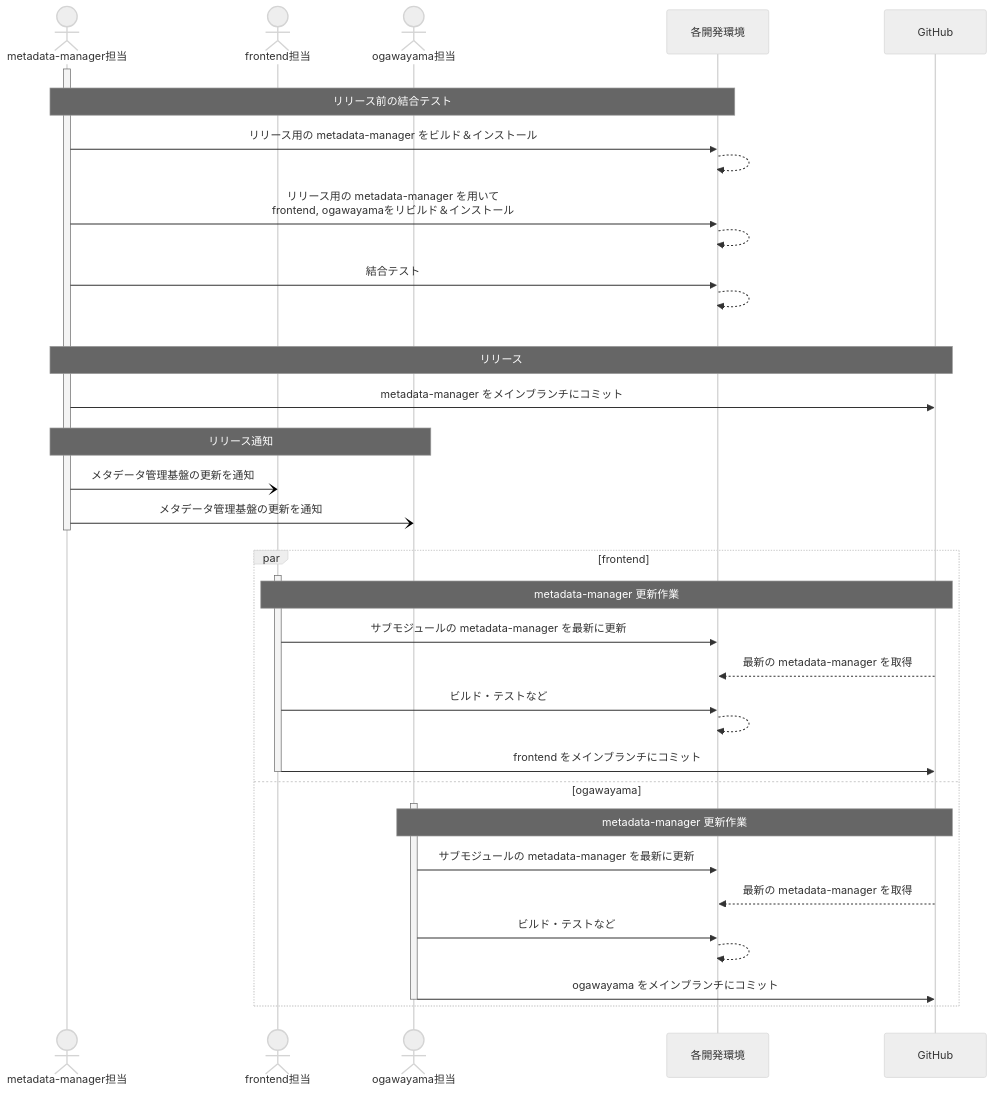
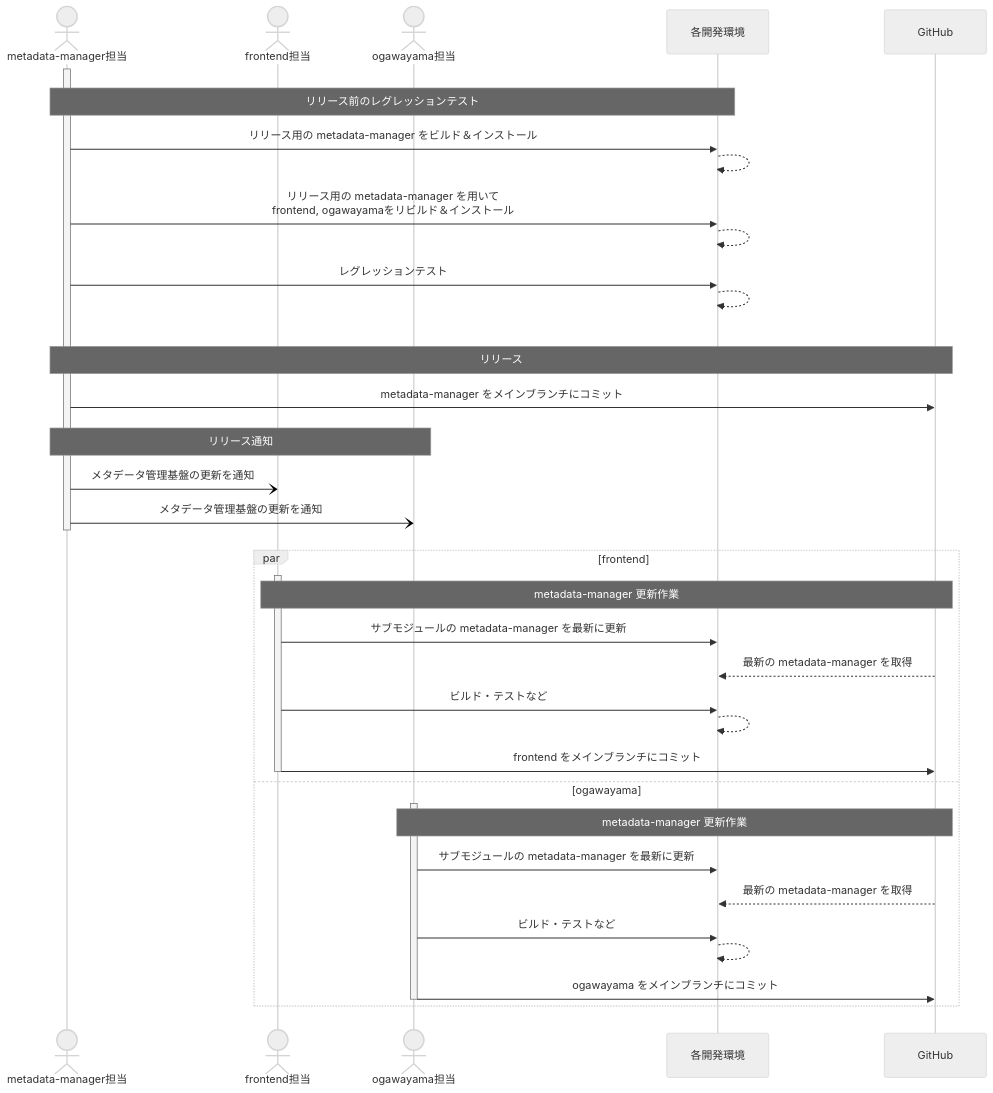
Before and after one commit to project-tsurugi/metadata-manager: the diagram in docs/metadata-manager_release_procedures.md, drawn with Mermaid (neutral theme). The commit also changed other lines of this file, not shown here.

````diff
--- a/docs/metadata-manager_release_procedures.md
+++ b/docs/metadata-manager_release_procedures.md
@@ -43,55 +43,55 @@
 ```mermaid
 sequenceDiagram
 
 actor UsrMetaMng as metadata-manager担当
 actor UsrFrontend as frontend担当
 actor UsrOgawayama as ogawayama担当
 participant Local as 各開発環境
 participant Remote as GitHub
 
 rect rgb(255, 255, 255)
   activate UsrMetaMng
     rect rgb(255, 255, 255)
-      Note over UsrMetaMng,Local: リリース前の結合テスト
+      Note over UsrMetaMng,Local: リリース前のレグレッションテスト
       UsrMetaMng ->> Local: リリース用の metadata-manager をビルド＆インストール
       Local -->> Local: 
       UsrMetaMng ->> Local: リリース用の metadata-manager を用いて<br>frontend, ogawayamaをリビルド＆インストール
       Local -->> Local: 
-      UsrMetaMng ->> Local: 結合テスト
+      UsrMetaMng ->> Local: レグレッションテスト
       Local -->> Local: 
     end
 
     Note over UsrMetaMng,Remote: リリース
     UsrMetaMng ->> Remote: metadata-manager をメインブランチにコミット
 
     rect rgb(255, 255, 255)
       Note over UsrMetaMng,UsrOgawayama: リリース通知
       UsrMetaMng -) UsrFrontend: メタデータ管理基盤の更新を通知
       UsrMetaMng -) UsrOgawayama: メタデータ管理基盤の更新を通知
     end
   deactivate UsrMetaMng
 
   rect rgb(255, 255, 255)
     par frontend
       activate UsrFrontend
         Note over UsrFrontend,Remote: metadata-manager 更新作業
         UsrFrontend ->> Local: サブモジュールの metadata-manager を最新に更新
         Remote -->> Local: 最新の metadata-manager を取得
         UsrFrontend ->> Local: ビルド・テストなど
         Local -->> Local: 
         UsrFrontend ->> Remote: frontend をメインブランチにコミット
       deactivate UsrFrontend
 
     and ogawayama
       activate UsrOgawayama
         Note over UsrOgawayama,Remote: metadata-manager 更新作業
         UsrOgawayama ->> Local: サブモジュールの metadata-manager を最新に更新
         Remote -->> Local: 最新の metadata-manager を取得
         UsrOgawayama ->> Local: ビルド・テストなど
         Local -->> Local: 
         UsrOgawayama ->> Remote: ogawayama をメインブランチにコミット
       deactivate UsrOgawayama
     end
   end
 end
 ```
````
